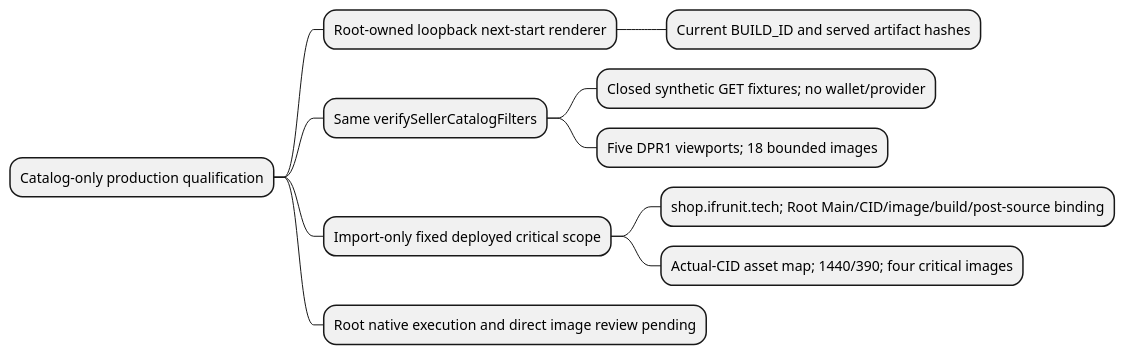
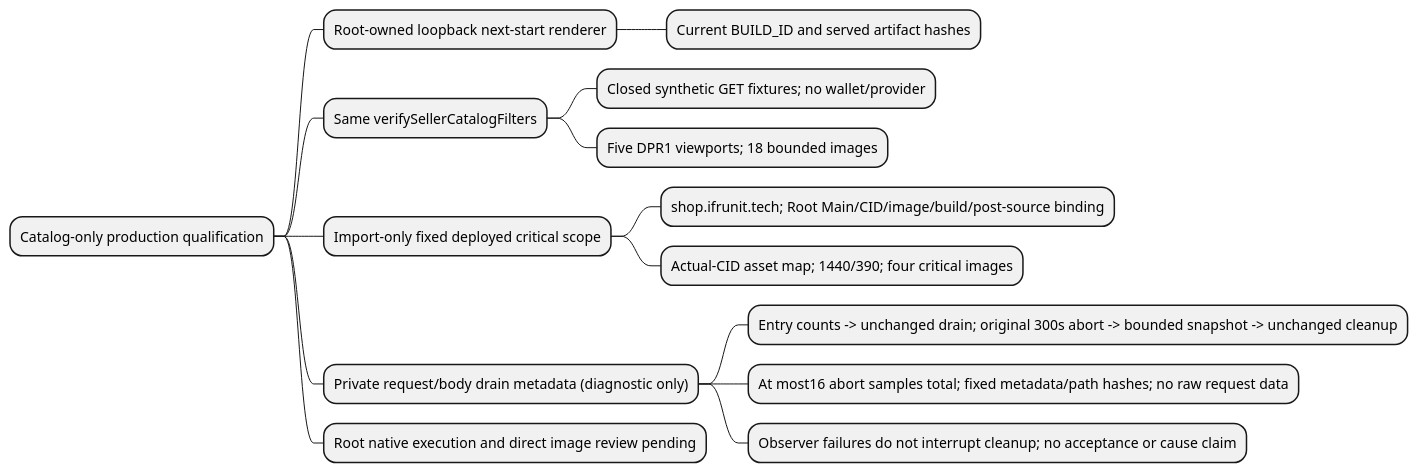
Diagram 26 of 26 in docs/architecture/map.puml (NeaBouli/inferno), drawn with PlantUML before and after one commit. The commit also changed 3 other files, not shown here.

Commit message:
test(catalog): record bounded drain diagnosis metadata

```diff
--- a/docs/architecture/map.puml
+++ b/docs/architecture/map.puml
@@ -414,12 +414,16 @@
 @startmindmap catalog_production_qualification_419
 * Catalog-only production qualification
 ** Root-owned loopback next-start renderer
 *** Current BUILD_ID and served artifact hashes
 ** Same verifySellerCatalogFilters
 *** Closed synthetic GET fixtures; no wallet/provider
 *** Five DPR1 viewports; 18 bounded images
 ** Import-only fixed deployed critical scope
 *** shop.ifrunit.tech; Root Main/CID/image/build/post-source binding
 *** Actual-CID asset map; 1440/390; four critical images
+** Private request/body drain metadata (diagnostic only)
+*** Entry counts -> unchanged drain; original 300s abort -> bounded snapshot -> unchanged cleanup
+*** At most16 abort samples total; fixed metadata/path hashes; no raw request data
+*** Observer failures do not interrupt cleanup; no acceptance or cause claim
 ** Root native execution and direct image review pending
 @endmindmap
```
